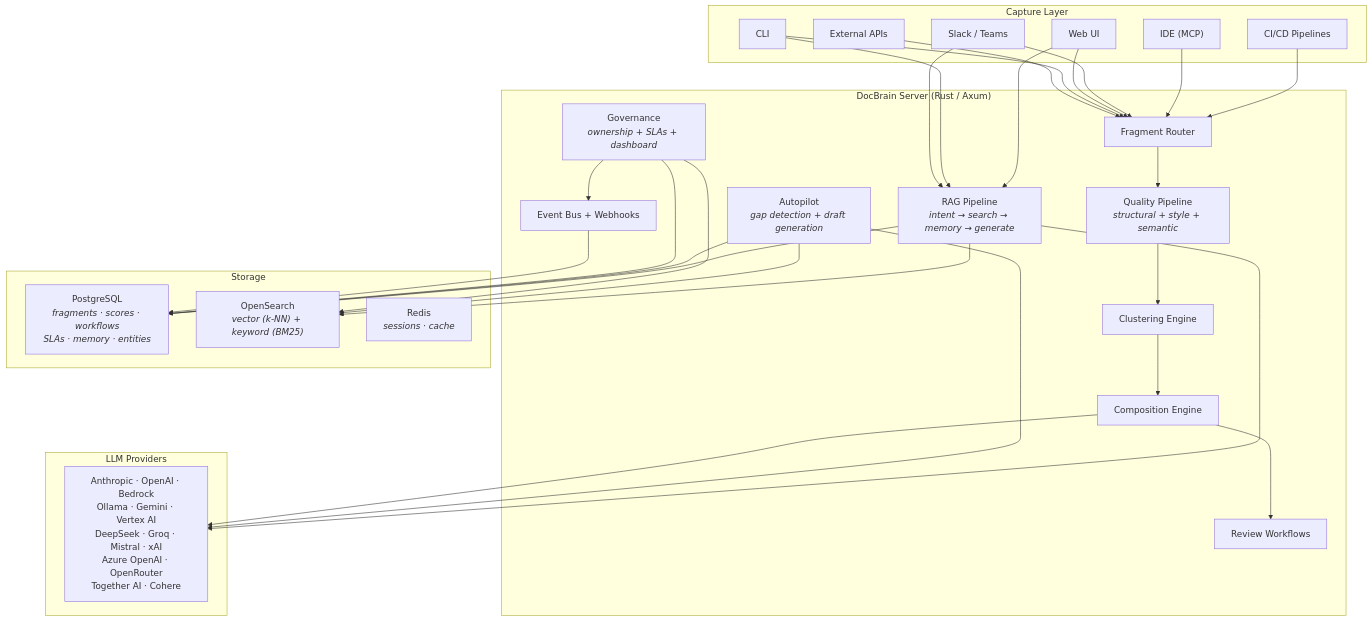
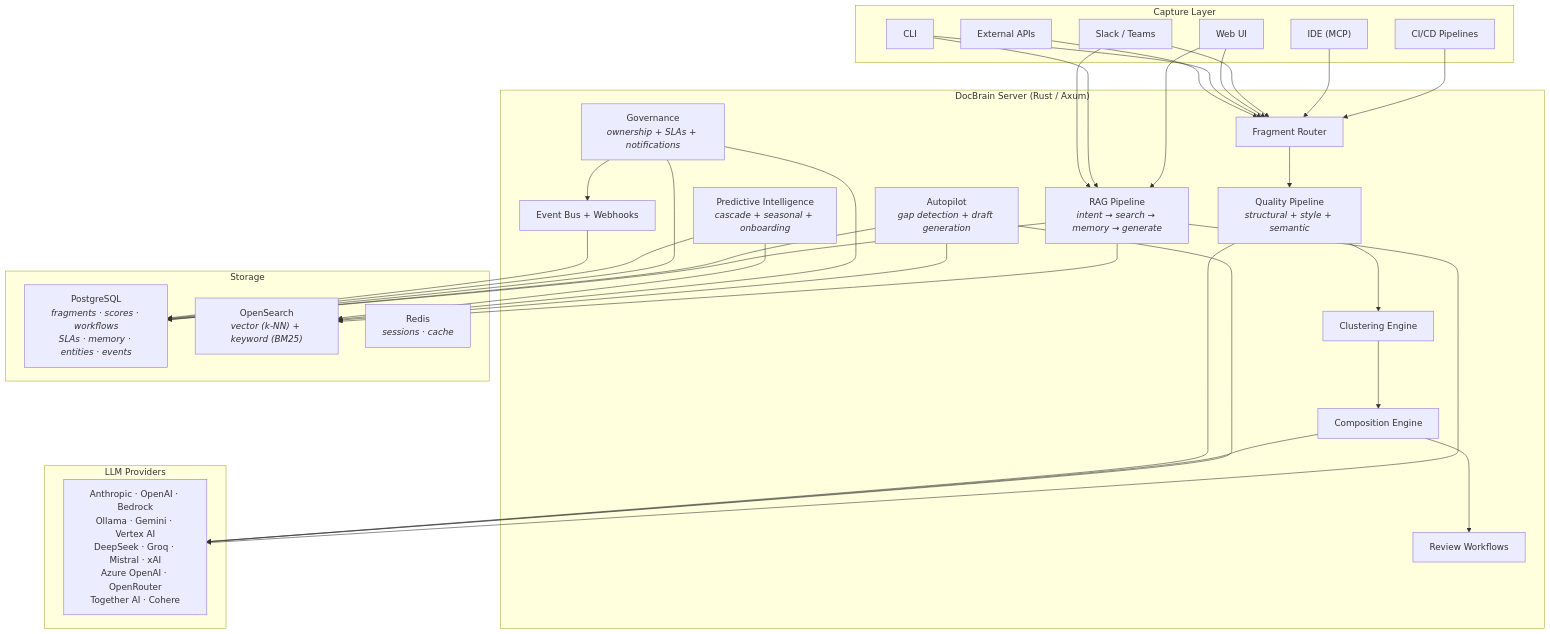
The diagram in README.md (docbrain-ai/docbrain), drawn with Mermaid before and after one commit. The commit also changed other lines of this file and 5 other files, not shown here.

````diff
--- a/README.md
+++ b/README.md
@@ -280,41 +376,42 @@
 ```mermaid
 graph TB
     subgraph "Capture Layer"
         CI["CI/CD Pipelines"]
         IDE["IDE (MCP)"]
         SLACK["Slack / Teams"]
         WEB["Web UI"]
         CLI["CLI"]
         API_EXT["External APIs"]
     end
 
     subgraph "DocBrain Server (Rust / Axum)"
         FRAG["Fragment Router"]
         QUAL["Quality Pipeline<br/><i>structural + style + semantic</i>"]
         CLUST["Clustering Engine"]
         COMP["Composition Engine"]
         REV["Review Workflows"]
         RAG["RAG Pipeline<br/><i>intent → search → memory → generate</i>"]
         AUTO["Autopilot<br/><i>gap detection + draft generation</i>"]
-        GOV["Governance<br/><i>ownership + SLAs + dashboard</i>"]
+        GOV["Governance<br/><i>ownership + SLAs + notifications</i>"]
+        PRED["Predictive Intelligence<br/><i>cascade + seasonal + onboarding</i>"]
         EVT["Event Bus + Webhooks"]
     end
 
     subgraph "Storage"
-        PG["PostgreSQL<br/><i>fragments · scores · workflows<br/>SLAs · memory · entities</i>"]
+        PG["PostgreSQL<br/><i>fragments · scores · workflows<br/>SLAs · memory · entities · events</i>"]
         OS["OpenSearch<br/><i>vector (k-NN) + keyword (BM25)</i>"]
         RD["Redis<br/><i>sessions · cache</i>"]
     end
 
     subgraph "LLM Providers"
         PROVIDERS["Anthropic · OpenAI · Bedrock<br/>Ollama · Gemini · Vertex AI<br/>DeepSeek · Groq · Mistral · xAI<br/>Azure OpenAI · OpenRouter<br/>Together AI · Cohere"]
     end
 
     CI & IDE & SLACK & WEB & CLI & API_EXT --> FRAG
     FRAG --> QUAL --> CLUST --> COMP --> REV
     WEB & CLI & SLACK --> RAG
-    RAG & AUTO & GOV --> PG & OS
-    RAG & AUTO & COMP --> PROVIDERS
+    RAG & AUTO & GOV & PRED --> PG & OS
+    RAG & AUTO & COMP & QUAL --> PROVIDERS
     EVT --> PG
     GOV --> EVT
 ```
````
